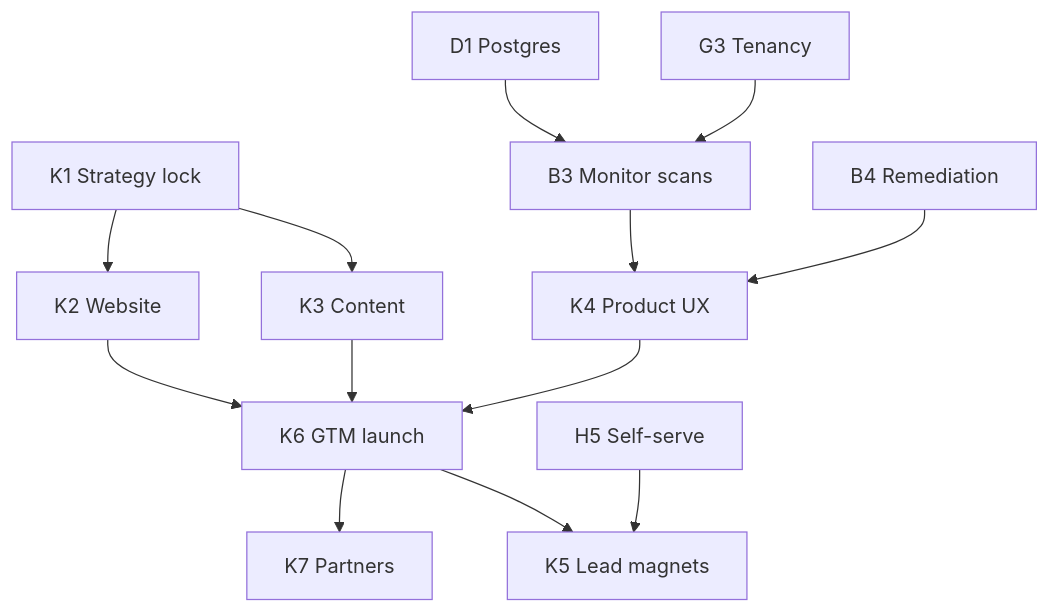
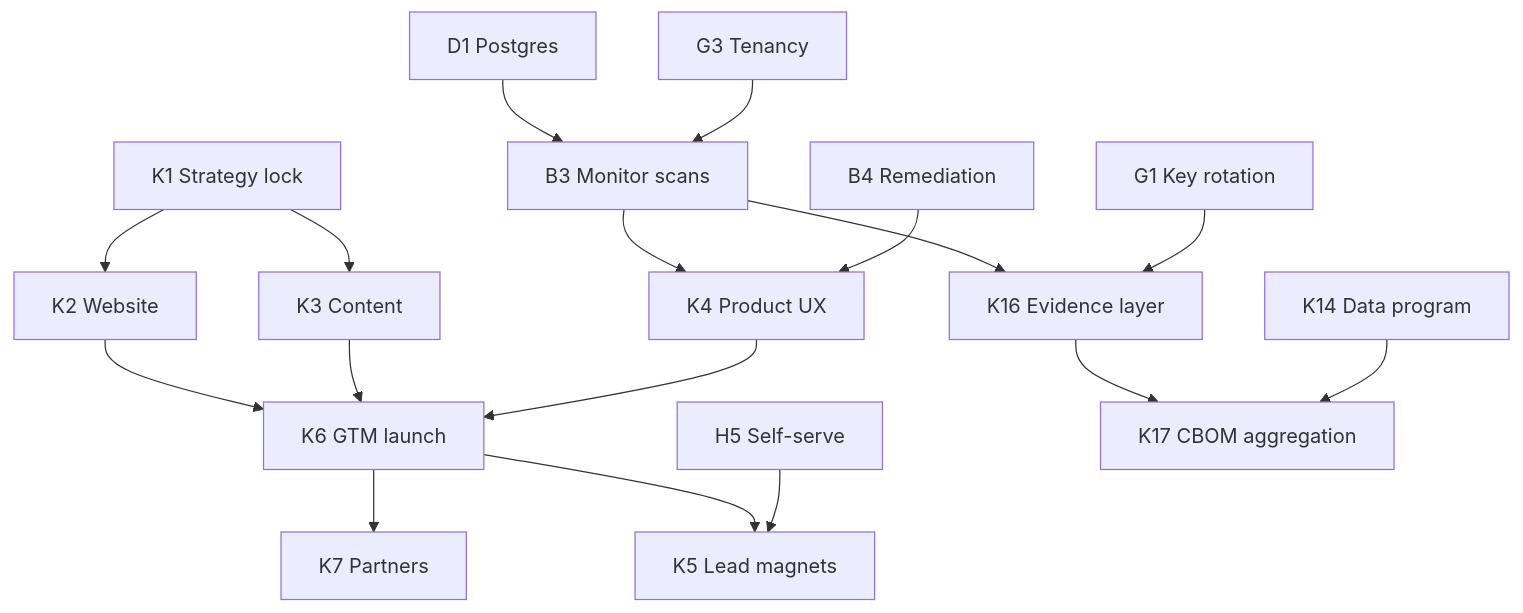
Before and after one commit to charley-forey/qtangl: the second of 2 diagrams in roadmap/quantum-readiness/08-execution-plan.md, drawn with Mermaid. The commit also changed other lines of this file and 61 other files, not shown here.

First line of the commit message:
Add evidence layer and multi-source CBOM ingestion.

````diff
--- a/roadmap/quantum-readiness/08-execution-plan.md
+++ b/roadmap/quantum-readiness/08-execution-plan.md
@@ -208,15 +279,19 @@
 ```mermaid
 graph TB
   K1["K1 Strategy lock"] --> K2["K2 Website"]
   K1 --> K3["K3 Content"]
   K2 --> K6["K6 GTM launch"]
   K3 --> K6
   B3["B3 Monitor scans"] --> K4["K4 Product UX"]
   B4["B4 Remediation"] --> K4
   D1["D1 Postgres"] --> B3
   G3["G3 Tenancy"] --> B3
   K4 --> K6
   K6 --> K7["K7 Partners"]
   K6 --> K5["K5 Lead magnets"]
   H5["H5 Self-serve"] --> K5
+  B3 --> K16["K16 Evidence layer"]
+  G1["G1 Key rotation"] --> K16
+  K16 --> K17["K17 CBOM aggregation"]
+  K14["K14 Data program"] --> K17
 ```
````
